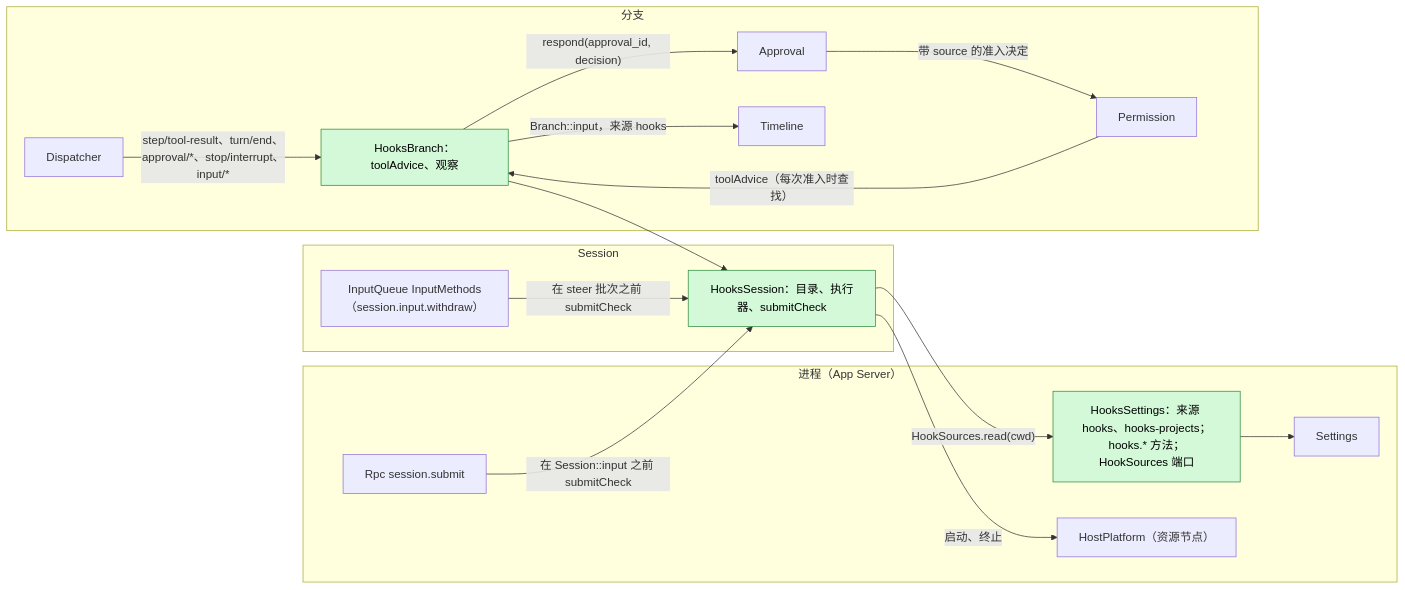
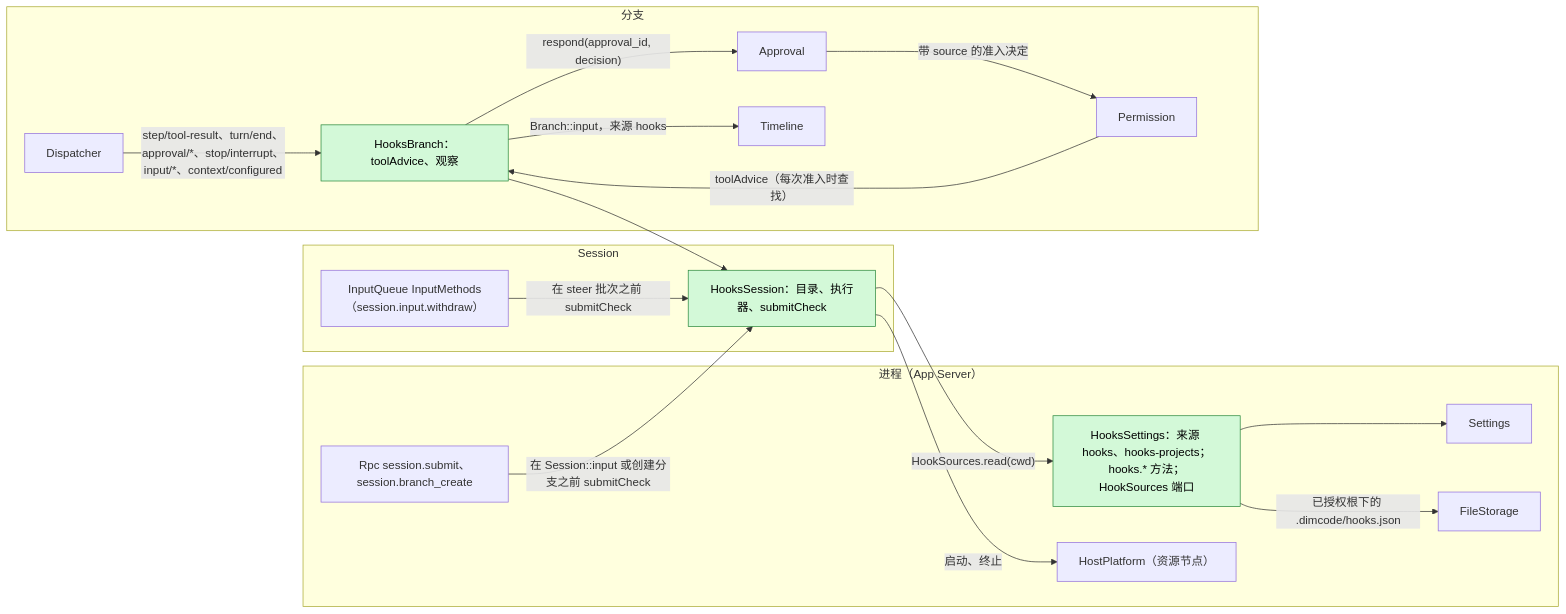
The first of 6 diagrams in docs/zh/design/plugins/Hooks.md (CoutinhoTTS/dim-agent), drawn with Mermaid before and after one commit. The commit also changed other lines of this file and 13 other files, not shown here.

First line of the commit message:
docs(hooks): fix configuration, operator-input and error contracts

````diff
--- a/docs/zh/design/plugins/Hooks.md
+++ b/docs/zh/design/plugins/Hooks.md
@@ -38,32 +38,34 @@
 ```mermaid
 flowchart LR
   subgraph PROC["进程（App Server）"]
     HSet["HooksSettings：来源 hooks、hooks-projects；hooks.* 方法；HookSources 端口"]:::new
     Settings["Settings"]
-    Rpc["Rpc session.submit"]
+    FS["FileStorage"]
+    Rpc["Rpc session.submit、session.branch_create"]
     HP["HostPlatform（资源节点）"]
   end
   subgraph SESS["Session"]
     HS["HooksSession：目录、执行器、submitCheck"]:::new
     IM["InputQueue InputMethods（session.input.withdraw）"]
   end
   subgraph BR["分支"]
     HB["HooksBranch：toolAdvice、观察"]:::new
     AP["Approval"]
     PM["Permission"]
     TL["Timeline"]
     DP["Dispatcher"]
   end
   HSet --> Settings
+  HSet -->|"已授权根下的 .dimcode/hooks.json"| FS
   HS -->|"HookSources.read(cwd)"| HSet
   HS -->|"启动、终止"| HP
-  Rpc -->|"在 Session::input 之前 submitCheck"| HS
+  Rpc -->|"在 Session::input 或创建分支之前 submitCheck"| HS
   IM -->|"在 steer 批次之前 submitCheck"| HS
   HB --> HS
   AP -->|"带 source 的准入决定"| PM
   PM -->|"toolAdvice（每次准入时查找）"| HB
   HB -->|"respond(approval_id, decision)"| AP
   HB -->|"Branch::input，来源 hooks"| TL
-  DP -->|"step/tool-result、turn/end、approval/*、stop/interrupt、input/*"| HB
+  DP -->|"step/tool-result、turn/end、approval/*、stop/interrupt、input/*、context/configured"| HB
   classDef new fill:#d3f9d8,stroke:#2b8a3e,color:#000
 ```
````
